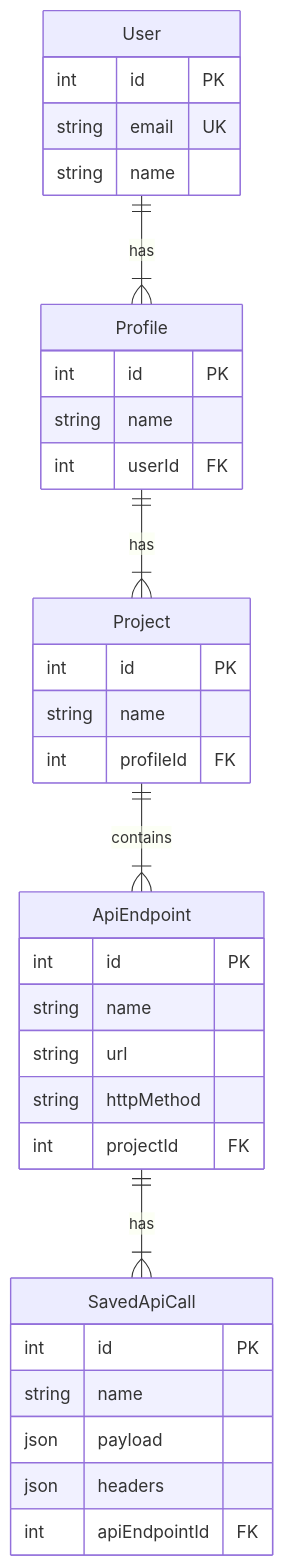
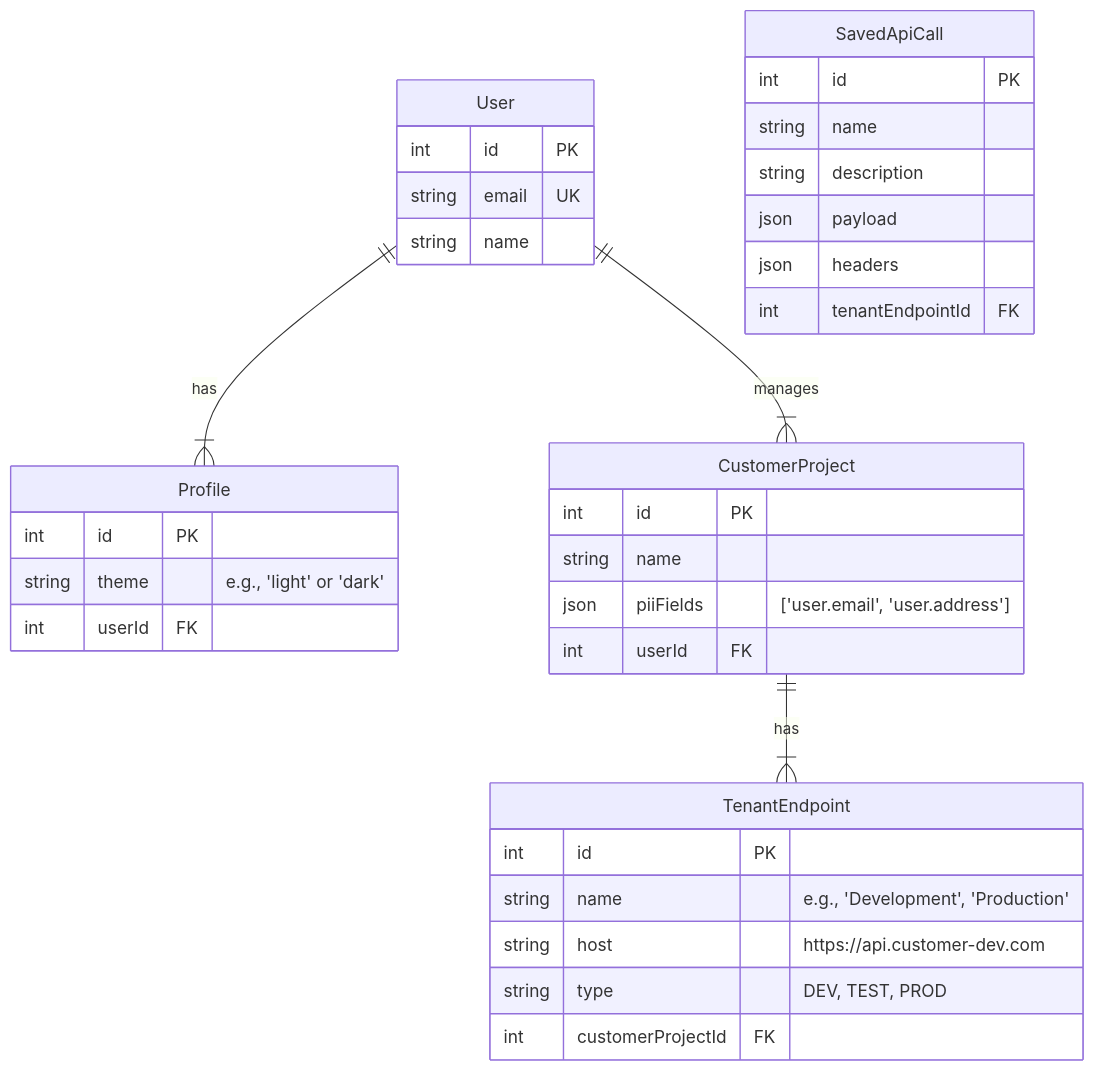
The diagram in docs/mermaid/data_model.mmd (rmorgan15/wb_poc), drawn with Mermaid before and after one commit. The commit also changed other lines of this file and 4 other files, not shown here.

```diff
--- a/docs/mermaid/data_model.mmd
+++ b/docs/mermaid/data_model.mmd
@@ -1,35 +1,36 @@
 erDiagram
     User ||--|{ Profile : "has"
-    Profile ||--|{ Project : "has"
-    Project ||--|{ ApiEndpoint : "contains"
-    ApiEndpoint ||--|{ SavedApiCall : "has"
+    User ||--|{ CustomerProject : "manages"
+    CustomerProject ||--|{ TenantEndpoint : "has"
 
     User {
         int id PK
         string email UK
         string name
     }
     Profile {
         int id PK
-        string name
+        string theme "e.g., 'light' or 'dark'"
         int userId FK
     }
-    Project {
+    CustomerProject {
         int id PK
         string name
-        int profileId FK
+        json piiFields "['user.email', 'user.address']"
+        int userId FK
     }
-    ApiEndpoint {
+    TenantEndpoint {
         int id PK
-        string name
-        string url
-        string httpMethod
-        int projectId FK
-    }
+        string name "e.g., 'Development', 'Production'"
+        string host "https://api.customer-dev.com"
+        string type "DEV, TEST, PROD"
+        int customerProjectId FK
+    }    
     SavedApiCall {
         int id PK
         string name
+        string description
         json payload
         json headers
-        int apiEndpointId FK
+        int tenantEndpointId FK
     }
```
